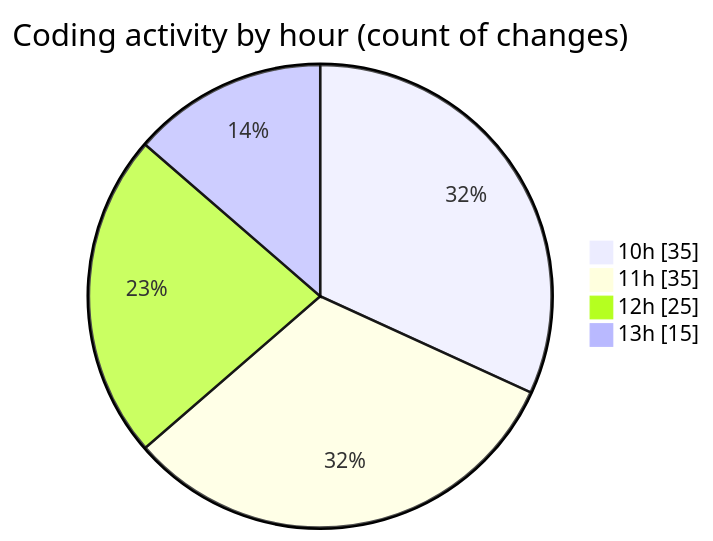
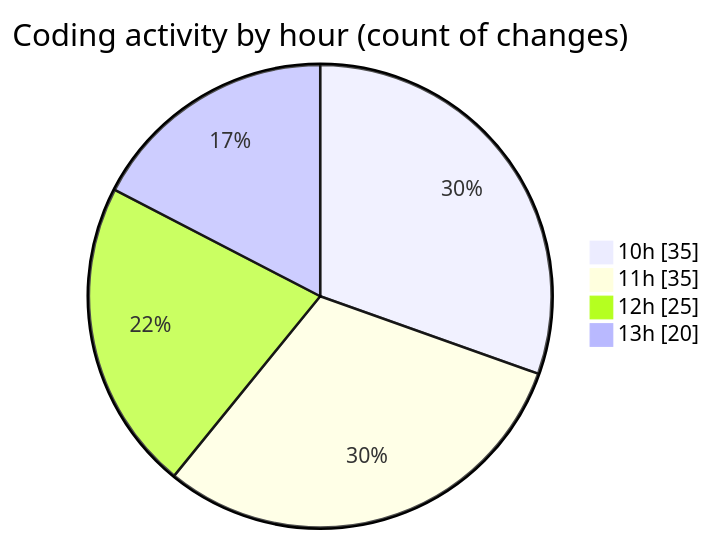
One commit to momahboobian/code-tracking changed the second of 2 diagrams in 2025-03-26/cda/README.md. Above: the diagram before and after it, drawn with Mermaid. The commit also changed other lines of this file and 1 other file, not shown here.

````diff
--- a/2025-03-26/cda/README.md
+++ b/2025-03-26/cda/README.md
@@ -53,8 +53,8 @@
 ```mermaid
 pie showData
 title Coding activity by hour (count of changes)
 "10h" : 35
 "11h" : 35
 "12h" : 25
-"13h" : 15
+"13h" : 20
 ```
````
